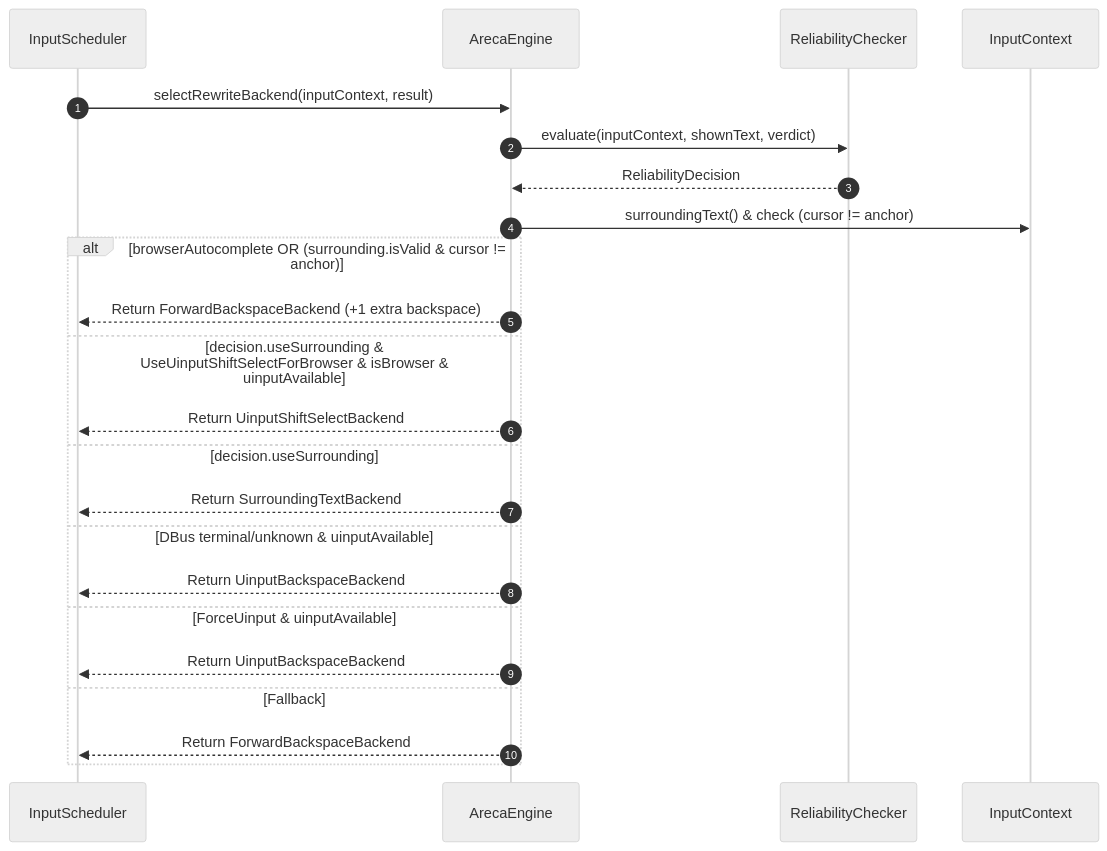
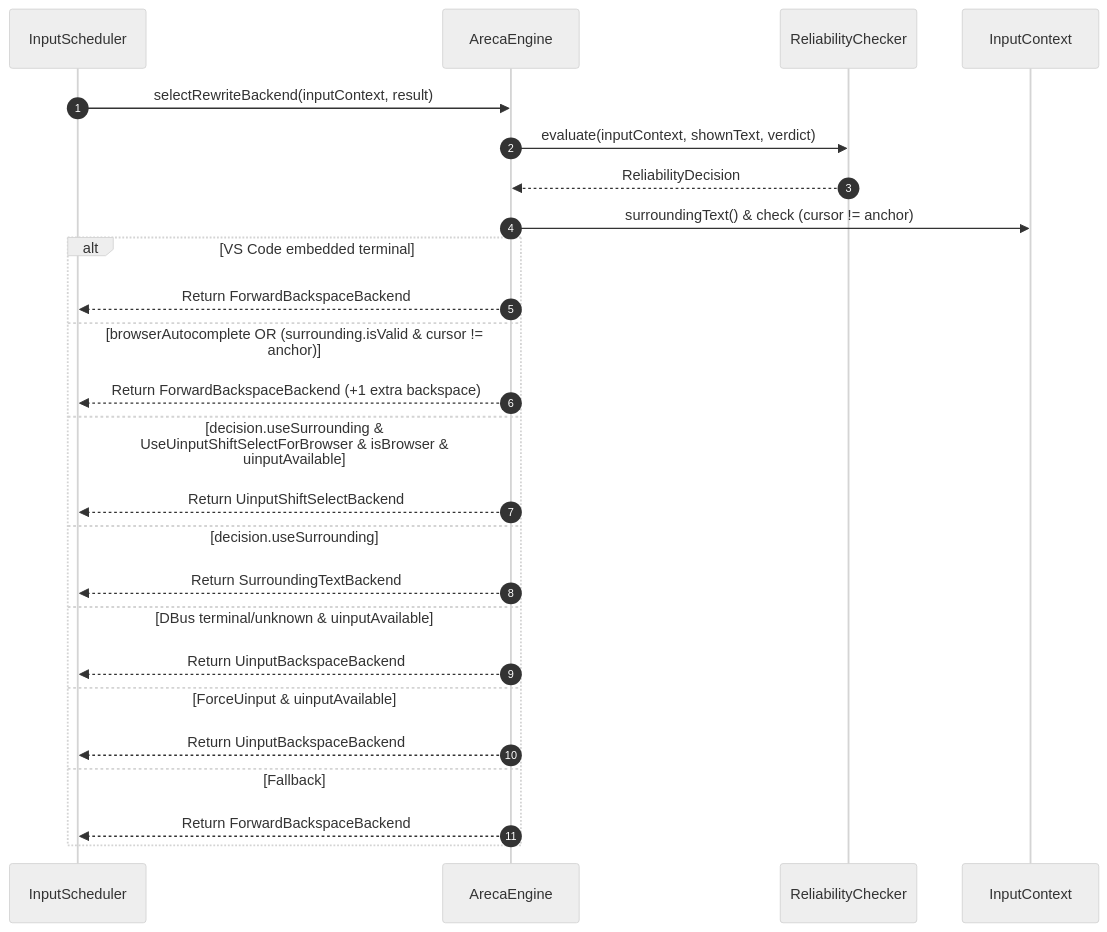
Before and after one commit to xhkzeroone/ArecaIME: the first of 6 diagrams in docs/ARECA_ARCHITECTURE_SPECIFICATION.md, drawn with Mermaid (neutral theme). The commit also changed other lines of this file and 11 other files, not shown here.

````diff
--- a/docs/ARECA_ARCHITECTURE_SPECIFICATION.md
+++ b/docs/ARECA_ARCHITECTURE_SPECIFICATION.md
@@ -70,27 +70,29 @@
 ```mermaid
 sequenceDiagram
     autonumber
     participant S as InputScheduler
     participant E as ArecaEngine
     participant R as ReliabilityChecker
     participant IC as InputContext
 
     S->>E: selectRewriteBackend(inputContext, result)
     E->>R: evaluate(inputContext, shownText, verdict)
     R-->>E: ReliabilityDecision
     E->>IC: surroundingText() & check (cursor != anchor)
     
-    alt browserAutocomplete OR (surrounding.isValid & cursor != anchor)
+    alt VS Code embedded terminal
+        E-->>S: Return ForwardBackspaceBackend
+    else browserAutocomplete OR (surrounding.isValid & cursor != anchor)
         E-->>S: Return ForwardBackspaceBackend (+1 extra backspace)
     else decision.useSurrounding & UseUinputShiftSelectForBrowser & isBrowser & uinputAvailable
         E-->>S: Return UinputShiftSelectBackend
     else decision.useSurrounding
         E-->>S: Return SurroundingTextBackend
     else DBus terminal/unknown & uinputAvailable
         E-->>S: Return UinputBackspaceBackend
     else ForceUinput & uinputAvailable
         E-->>S: Return UinputBackspaceBackend
     else Fallback
         E-->>S: Return ForwardBackspaceBackend
     end
 ```
````
